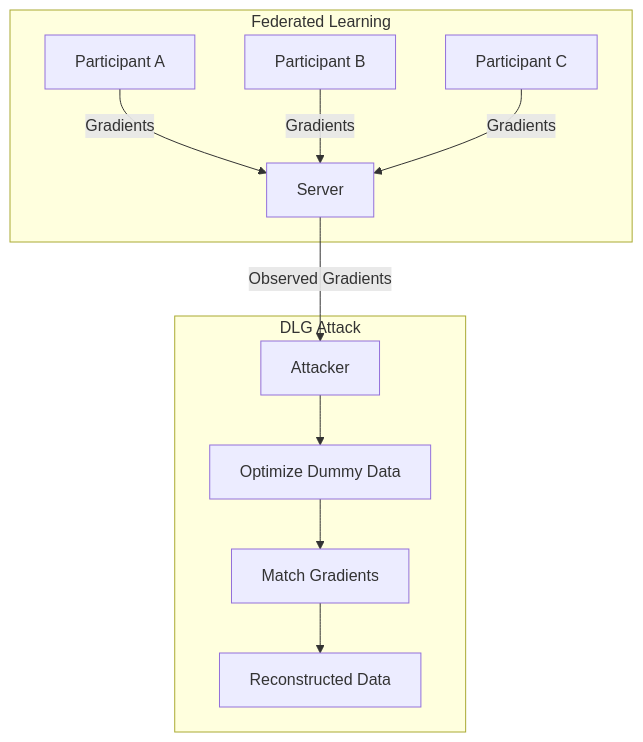
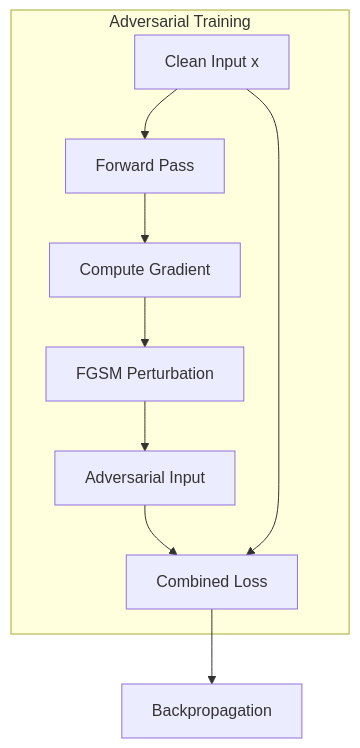
The diagram in _drafts/AICRA-PAGE/deep-leakage-from-gradients.md (AICRA-PAGE/AICRA-PAGE.github.io), drawn with Mermaid before and after one commit. The commit also changed other lines of this file, not shown here.

Commit message:
update: Deep Leakage from Gradients

````diff
--- a/_drafts/AICRA-PAGE/deep-leakage-from-gradients.md
+++ b/_drafts/AICRA-PAGE/deep-leakage-from-gradients.md
@@ -107,14 +110,12 @@
 ```mermaid
 flowchart TB
-    subgraph FL["Federated Learning"]
-      A[Participant A] -->|Gradients| S[Server]
-      B[Participant B] -->|Gradients| S
-      C[Participant C] -->|Gradients| S
+    subgraph Training["Adversarial Training"]
+      A[Clean Input x] --> B[Forward Pass]
+      B --> C[Compute Gradient]
+      C --> D[FGSM Perturbation]
+      D --> E[Adversarial Input]
+      E --> F[Combined Loss]
+      A --> F
     end
-    subgraph Attack["DLG Attack"]
-      S -->|Observed Gradients| D[Attacker]
-      D --> E[Optimize Dummy Data]
-      E --> F[Match Gradients]
-      F --> G[Reconstructed Data]
-    end
+    F --> G[Backpropagation]
 ```
````
